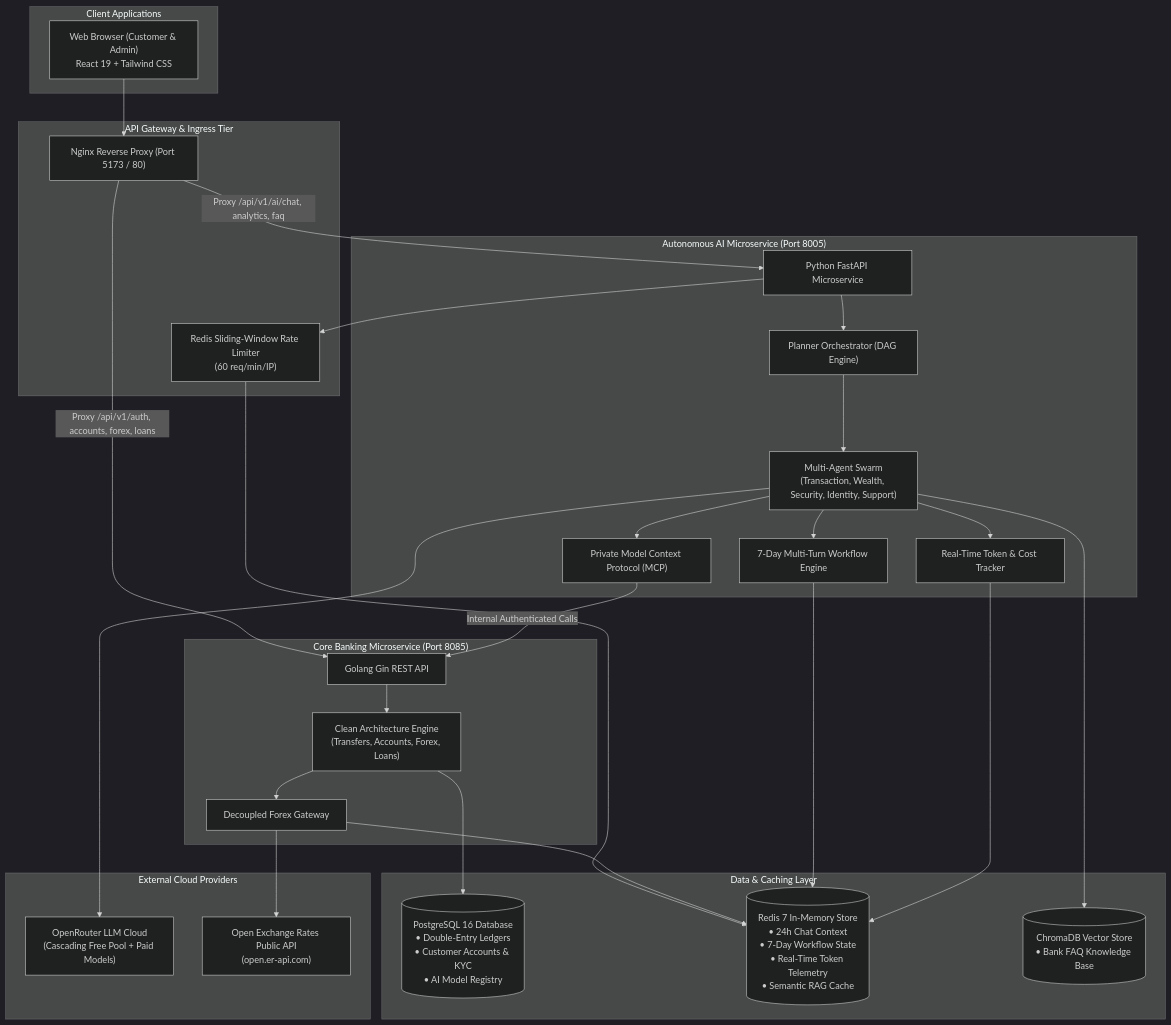
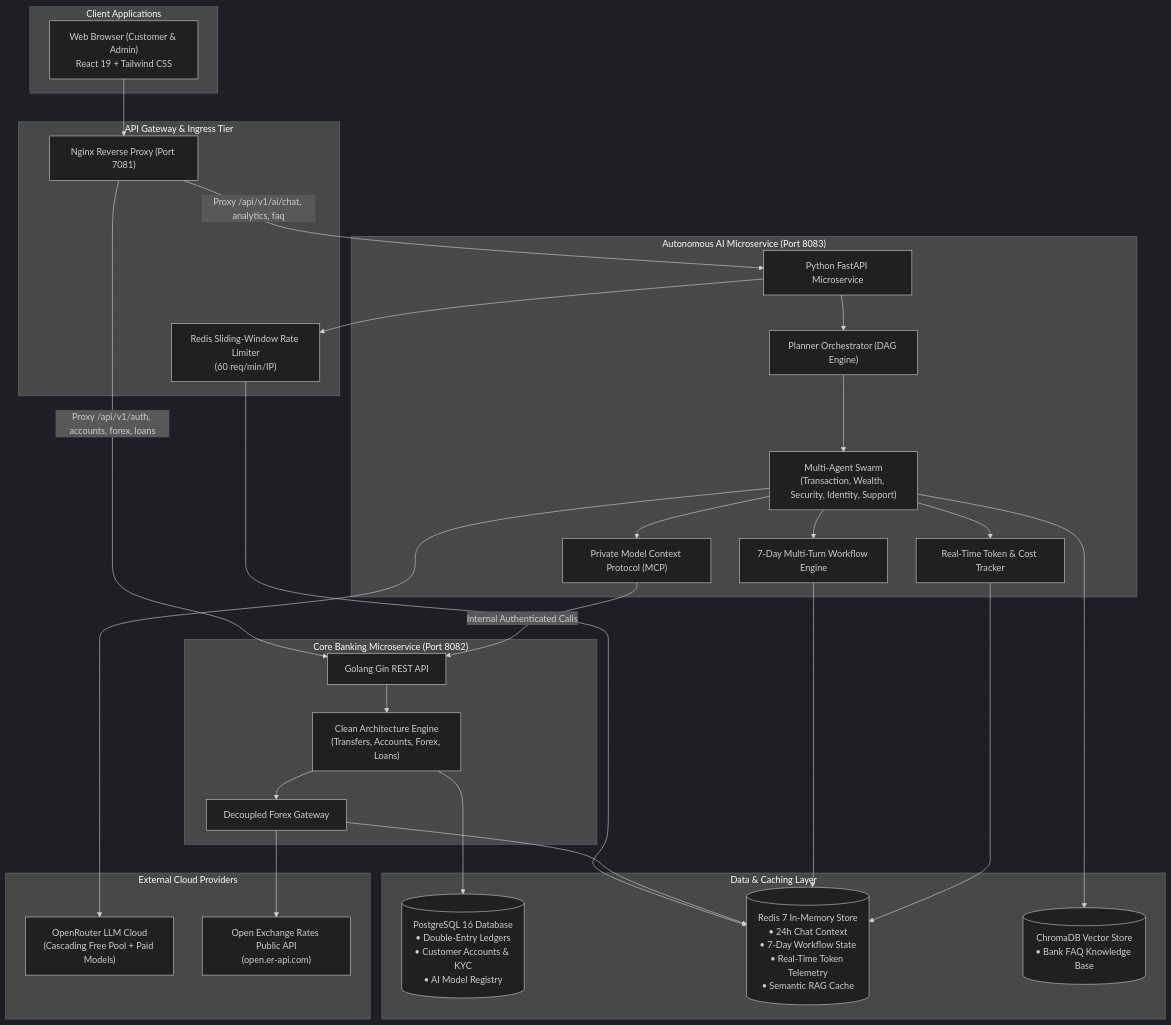
The first of 4 diagrams in ARCHITECTURE.md (tirenn/bank), drawn with Mermaid (dark theme) before and after one commit. The commit also changed 8 other files, not shown here.

````diff
--- a/ARCHITECTURE.md
+++ b/ARCHITECTURE.md
@@ -11,63 +11,63 @@
 ```mermaid
 flowchart TB
     subgraph Clients ["Client Applications"]
         WebClient["Web Browser (Customer & Admin)<br/>React 19 + Tailwind CSS"]
     end
 
     subgraph Ingress ["API Gateway & Ingress Tier"]
-        Nginx["Nginx Reverse Proxy (Port 5173 / 80)"]
+        Nginx["Nginx Reverse Proxy (Port 7081)"]
         RateLimiter["Redis Sliding-Window Rate Limiter<br/>(60 req/min/IP)"]
     end
 
-    subgraph CoreBanking ["Core Banking Microservice (Port 8085)"]
+    subgraph CoreBanking ["Core Banking Microservice (Port 8082)"]
         GinAPI["Golang Gin REST API"]
         CleanArch["Clean Architecture Engine<br/>(Transfers, Accounts, Forex, Loans)"]
         ForexGateway["Decoupled Forex Gateway"]
     end
 
-    subgraph AIService ["Autonomous AI Microservice (Port 8005)"]
+    subgraph AIService ["Autonomous AI Microservice (Port 8083)"]
         FastAPI["Python FastAPI Microservice"]
         Planner["Planner Orchestrator (DAG Engine)"]
         SubAgents["Multi-Agent Swarm<br/>(Transaction, Wealth, Security, Identity, Support)"]
         WorkflowEngine["7-Day Multi-Turn Workflow Engine"]
         CostTracker["Real-Time Token & Cost Tracker"]
         MCP["Private Model Context Protocol (MCP)"]
     end
 
     subgraph DataTier ["Data & Caching Layer"]
         Postgres[("PostgreSQL 16 Database<br/>• Double-Entry Ledgers<br/>• Customer Accounts & KYC<br/>• AI Model Registry")]
         RedisStore[("Redis 7 In-Memory Store<br/>• 24h Chat Context<br/>• 7-Day Workflow State<br/>• Real-Time Token Telemetry<br/>• Semantic RAG Cache")]
         ChromaStore[("ChromaDB Vector Store<br/>• Bank FAQ Knowledge Base")]
     end
 
     subgraph ExternalClouds ["External Cloud Providers"]
         OpenRouter["OpenRouter LLM Cloud<br/>(Cascading Free Pool + Paid Models)"]
         ForexAPI["Open Exchange Rates Public API<br/>(open.er-api.com)"]
     end
 
     %% Flow connections
     WebClient --> Nginx
     Nginx -->|Proxy /api/v1/auth, accounts, forex, loans| GinAPI
     Nginx -->|Proxy /api/v1/ai/chat, analytics, faq| FastAPI
 
     FastAPI --> RateLimiter
     RateLimiter --> RedisStore
 
     GinAPI --> CleanArch
     CleanArch --> ForexGateway
     ForexGateway --> ForexAPI
     ForexGateway --> RedisStore
     CleanArch --> Postgres
 
     FastAPI --> Planner
     Planner --> SubAgents
     SubAgents --> MCP
     SubAgents --> OpenRouter
     SubAgents --> WorkflowEngine
     SubAgents --> CostTracker
     SubAgents --> ChromaStore
 
     WorkflowEngine --> RedisStore
     CostTracker --> RedisStore
     MCP -->|Internal Authenticated Calls| GinAPI
 ```
````
